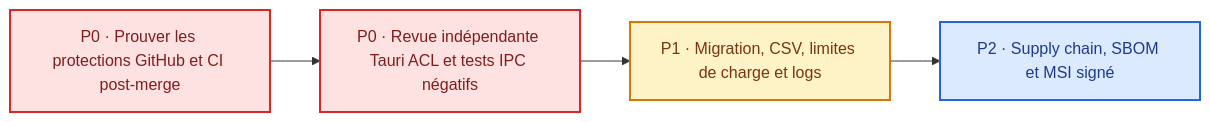
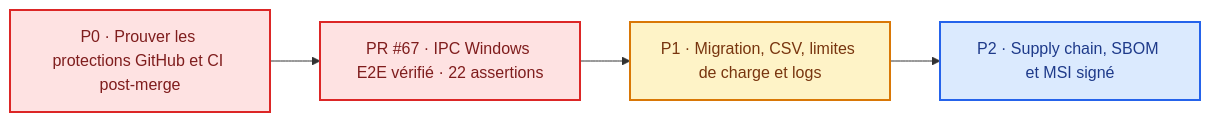
One commit to suvorovpravda/Pravda-Bot changed the second of 2 diagrams in SECURITY.md. Above: the diagram before and after it, drawn with Mermaid. The commit also changed other lines of this file, not shown here.

Commit message:
docs(security): document verified PR67 native IPC evidence and solo governance accurately

````diff
--- a/SECURITY.md
+++ b/SECURITY.md
@@ -174,11 +174,11 @@
 ```mermaid
 flowchart LR
     classDef p0 fill:#fee2e2,stroke:#dc2626,color:#7f1d1d,stroke-width:2px
     classDef p1 fill:#fef3c7,stroke:#d97706,color:#78350f,stroke-width:2px
     classDef p2 fill:#dbeafe,stroke:#2563eb,color:#1e3a8a,stroke-width:2px
     A["P0 · Prouver les protections GitHub et CI post-merge"]:::p0
-    B["P0 · Revue indépendante Tauri ACL et tests IPC négatifs"]:::p0
+    B["PR #67 · IPC Windows E2E vérifié · 22 assertions"]:::p0
     C["P1 · Migration, CSV, limites de charge et logs"]:::p1
     D["P2 · Supply chain, SBOM et MSI signé"]:::p2
     A --> B --> C --> D
 ```
````
